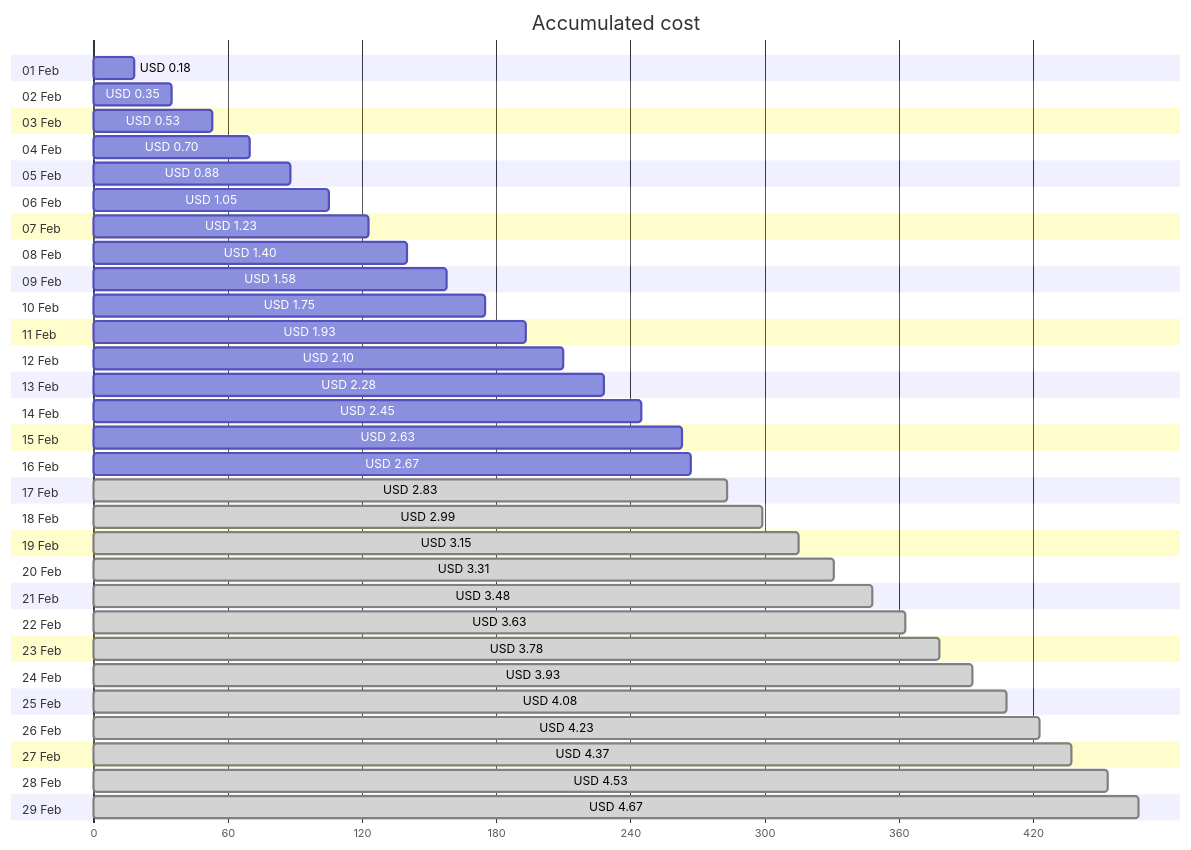
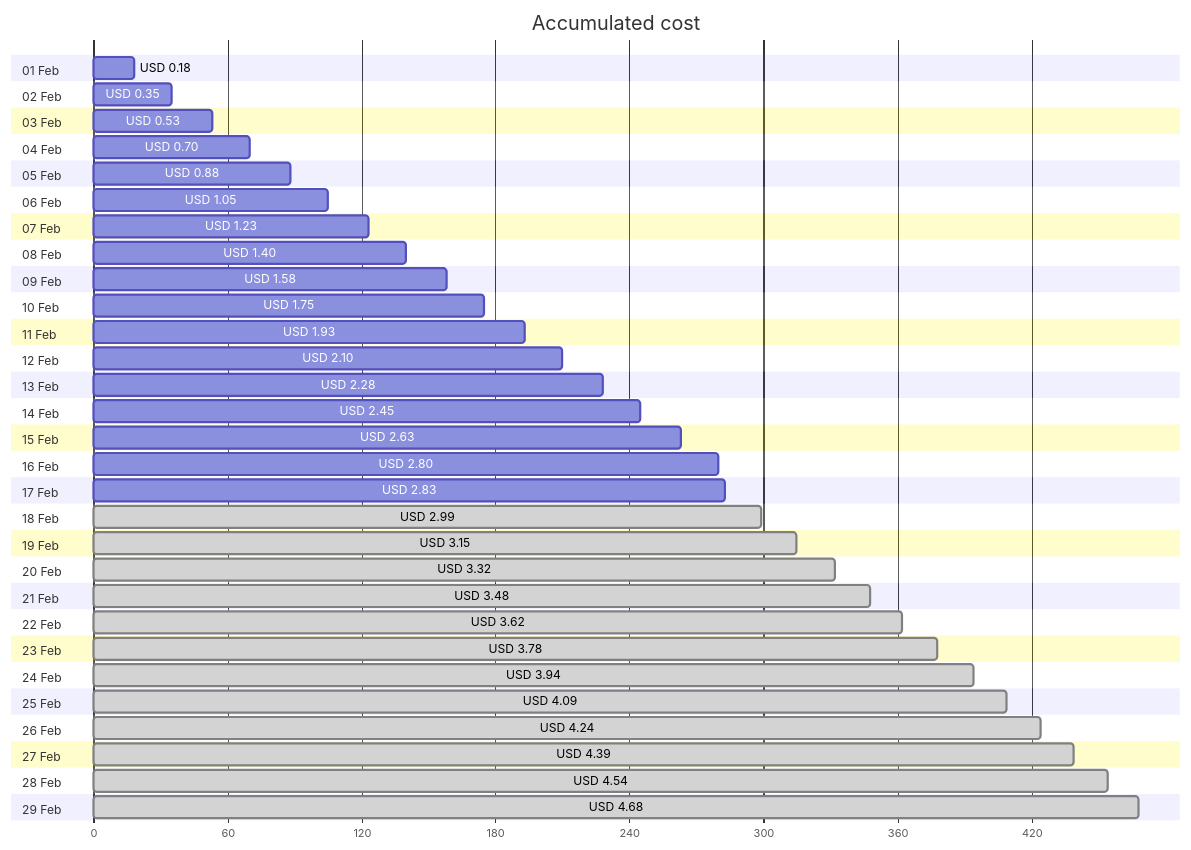
One commit to jpfulton/azure-personal-reports changed the first of 4 diagrams in cost-reports/personal-network/backup-server.md. Above: the diagram before and after it, drawn with Mermaid. The commit also changed other lines of this file and 8 other files, not shown here.

````diff
--- a/cost-reports/personal-network/backup-server.md
+++ b/cost-reports/personal-network/backup-server.md
@@ -20,64 +20,64 @@
 ```mermaid
 gantt
    title Accumulated cost
    dateFormat  X
    axisFormat %s
    section 01 Feb
    USD 0.18 :0, 18
    section 02 Feb
    USD 0.35 :0, 35
    section 03 Feb
    USD 0.53 :0, 53
    section 04 Feb
    USD 0.70 :0, 70
    section 05 Feb
    USD 0.88 :0, 88
    section 06 Feb
    USD 1.05 :0, 105
    section 07 Feb
    USD 1.23 :0, 123
    section 08 Feb
    USD 1.40 :0, 140
    section 09 Feb
    USD 1.58 :0, 158
    section 10 Feb
    USD 1.75 :0, 175
    section 11 Feb
    USD 1.93 :0, 193
    section 12 Feb
    USD 2.10 :0, 210
    section 13 Feb
    USD 2.28 :0, 228
    section 14 Feb
    USD 2.45 :0, 245
    section 15 Feb
    USD 2.63 :0, 263
    section 16 Feb
-   USD 2.67 :0, 267
+   USD 2.80 :0, 280
    section 17 Feb
-   USD 2.83 : done, 0, 283
+   USD 2.83 :0, 283
    section 18 Feb
    USD 2.99 : done, 0, 299
    section 19 Feb
    USD 3.15 : done, 0, 315
    section 20 Feb
-   USD 3.31 : done, 0, 331
+   USD 3.32 : done, 0, 332
    section 21 Feb
    USD 3.48 : done, 0, 348
    section 22 Feb
-   USD 3.63 : done, 0, 363
+   USD 3.62 : done, 0, 362
    section 23 Feb
    USD 3.78 : done, 0, 378
    section 24 Feb
-   USD 3.93 : done, 0, 393
+   USD 3.94 : done, 0, 394
    section 25 Feb
-   USD 4.08 : done, 0, 408
+   USD 4.09 : done, 0, 409
    section 26 Feb
-   USD 4.23 : done, 0, 423
+   USD 4.24 : done, 0, 424
    section 27 Feb
-   USD 4.37 : done, 0, 437
+   USD 4.39 : done, 0, 439
    section 28 Feb
-   USD 4.53 : done, 0, 453
+   USD 4.54 : done, 0, 454
    section 29 Feb
-   USD 4.67 : done, 0, 467
+   USD 4.68 : done, 0, 468
 ```
````
